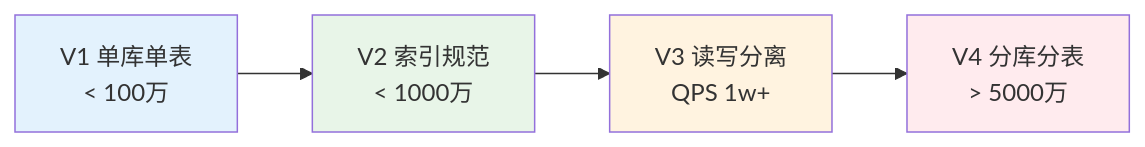
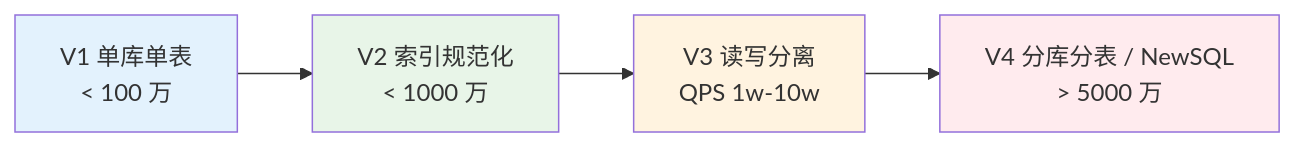
Before and after one commit to chongyang211/YCBookBlog: the third of 5 diagrams in docs/10.真经/05.方案设计思想/05.数据库SQL设计思想.md, drawn with Mermaid. The commit also changed other lines of this file and 36 other files, not shown here.

````diff
--- a/docs/10.真经/05.方案设计思想/05.数据库SQL设计思想.md
+++ b/docs/10.真经/05.方案设计思想/05.数据库SQL设计思想.md
@@ -667,11 +691,11 @@
 ```mermaid
 flowchart LR
-    V1[V1 单库单表<br/>< 100万] --> V2[V2 索引规范<br/>< 1000万]
-    V2 --> V3[V3 读写分离<br/>QPS 1w+]
-    V3 --> V4[V4 分库分表<br/>> 5000万]
+    V1[V1 单库单表<br/>< 100 万] --> V2[V2 索引规范化<br/>< 1000 万]
+    V2 --> V3[V3 读写分离<br/>QPS 1w-10w]
+    V3 --> V4[V4 分库分表 / NewSQL<br/>> 5000 万]
     
     style V1 fill:#e3f2fd
     style V2 fill:#e8f5e8
     style V3 fill:#fff3e0
     style V4 fill:#ffebee
 ```
````
